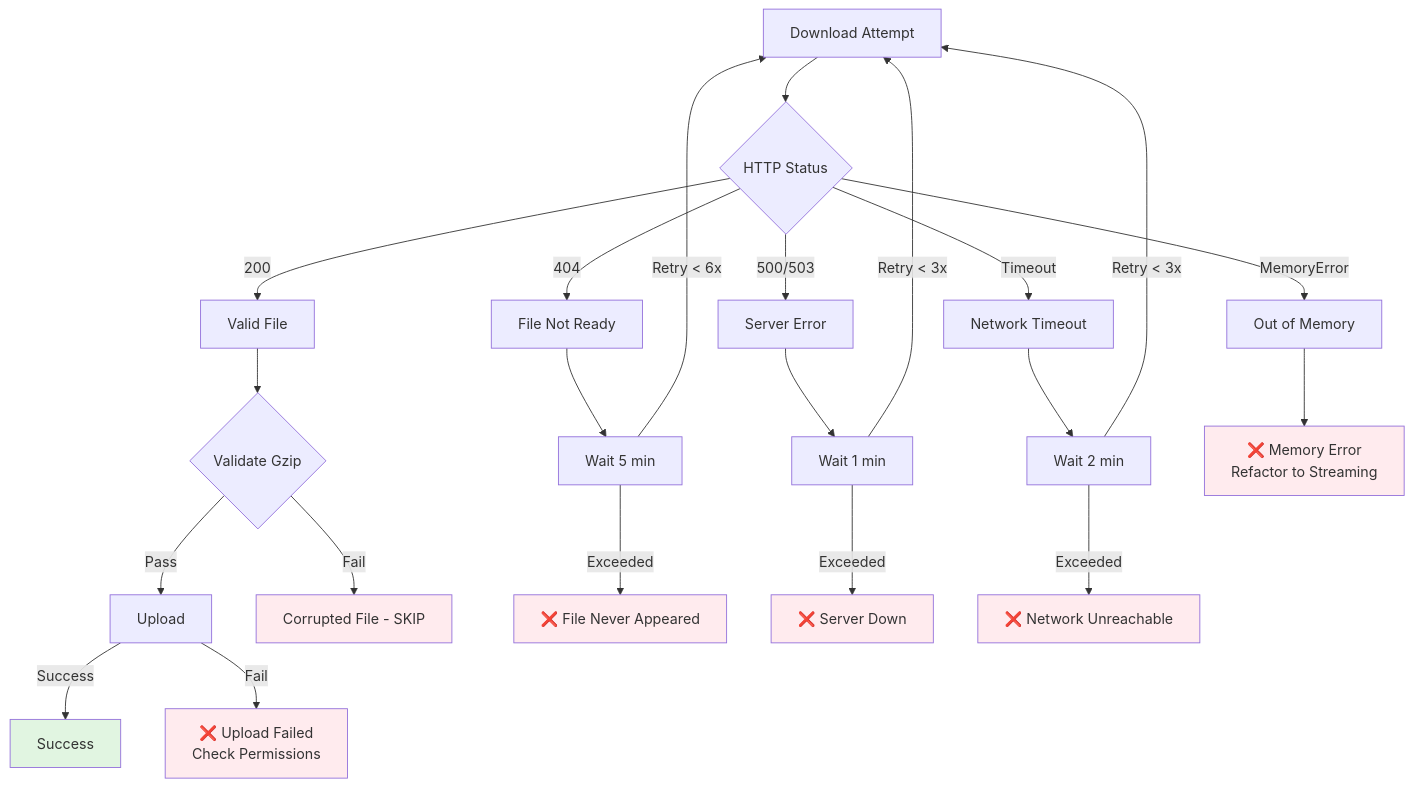
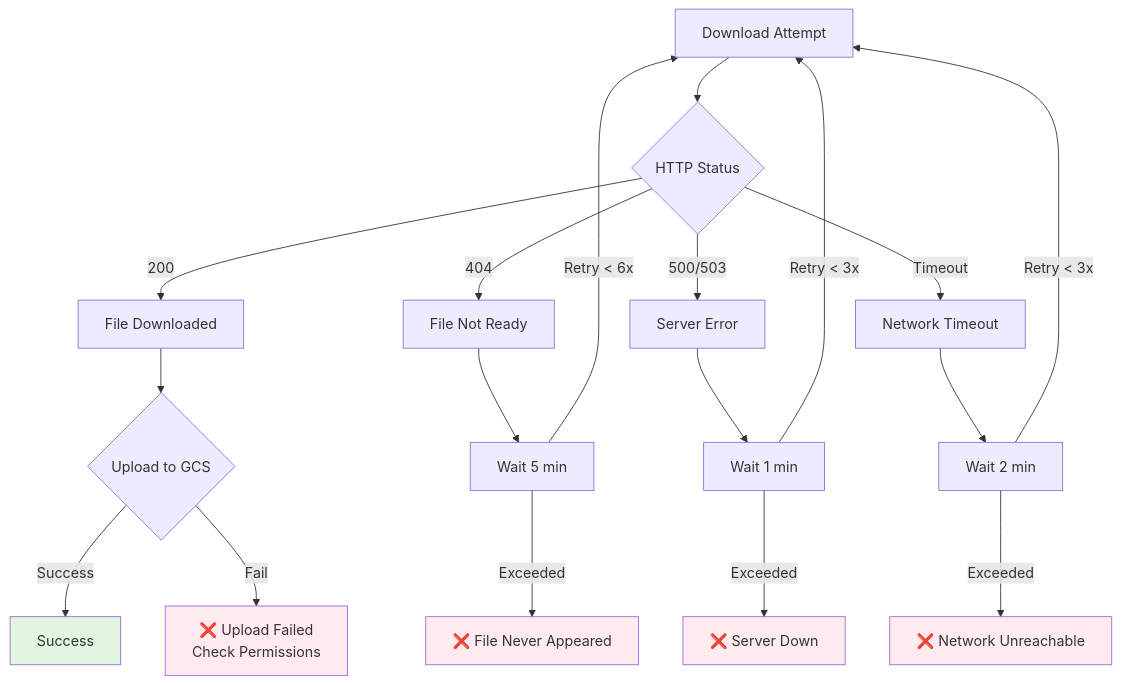
Before and after one commit to prateekpanjla-outlook/gcp_data_proc: the diagram in design/github_archive/phase1_ingestion/diagrams/ingestion_04_failure_scenarios.md, drawn with Mermaid. The commit also changed 4 other files, not shown here.

First line of the commit message:
docs: update Phase 1 diagrams to reflect gsutil streaming implementation

````diff
--- a/design/github_archive/phase1_ingestion/diagrams/ingestion_04_failure_scenarios.md
+++ b/design/github_archive/phase1_ingestion/diagrams/ingestion_04_failure_scenarios.md
@@ -3,38 +3,31 @@
 ```mermaid
 flowchart TD
     DownloadAttempt[Download Attempt] --> Status{HTTP Status}
 
-    Status -->|200| ValidFile[Valid File]
+    Status -->|200| ValidFile[File Downloaded]
     Status -->|404| FileNotReady[File Not Ready]
     Status -->|500/503| ServerError[Server Error]
     Status -->|Timeout| NetworkError[Network Timeout]
-    Status -->|MemoryError| OOM[Out of Memory]
 
     FileNotReady --> Wait5[Wait 5 min]
     ServerError --> Wait1[Wait 1 min]
     NetworkError --> Wait2[Wait 2 min]
 
-    ValidFile --> Validate{Validate Gzip}
-    Validate -->|Pass| Upload
-    Validate -->|Fail| Corrupted[Corrupted File - SKIP]
+    ValidFile --> Upload{Upload to GCS}
+    Upload -->|Success| Success
+    Upload -->|Fail| FailUpload[❌ Upload Failed<br>Check Permissions]
 
     Wait5 -->|Retry < 6x| DownloadAttempt
     Wait1 -->|Retry < 3x| DownloadAttempt
     Wait2 -->|Retry < 3x| DownloadAttempt
 
     Wait5 -->|Exceeded| Fail404[❌ File Never Appeared]
     Wait1 -->|Exceeded| FailServer[❌ Server Down]
     Wait2 -->|Exceeded| FailNetwork[❌ Network Unreachable]
-    OOM --> FailOOM[❌ Memory Error<br>Refactor to Streaming]
-
-    Upload -->|Success| Success
-    Upload -->|Fail| FailUpload[❌ Upload Failed<br>Check Permissions]
 
     style Success fill:#e1f5e1
-    style Corrupted fill:#ffebee
+    style FailUpload fill:#ffebee
     style Fail404 fill:#ffebee
     style FailServer fill:#ffebee
     style FailNetwork fill:#ffebee
-    style FailOOM fill:#ffebee
-    style FailUpload fill:#ffebee
 ```
````
